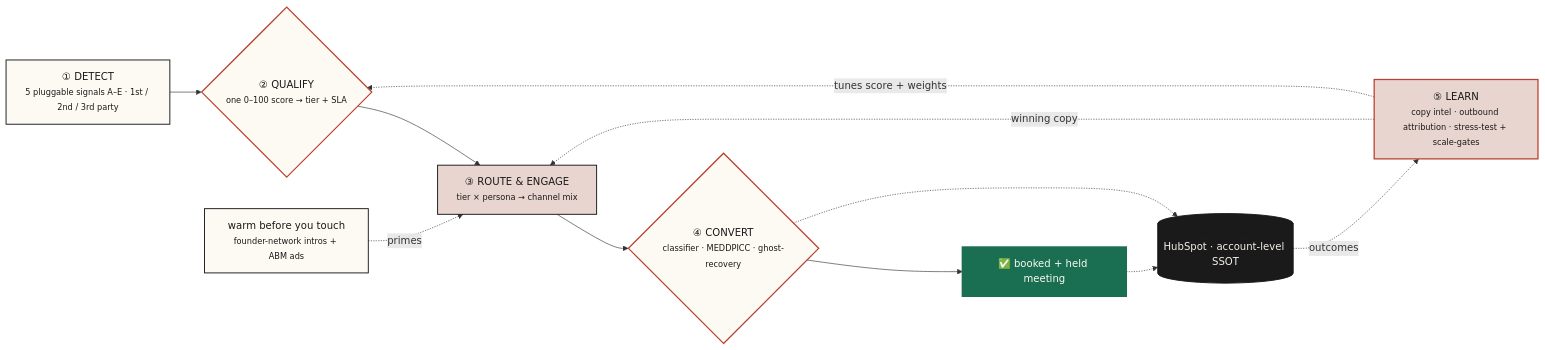
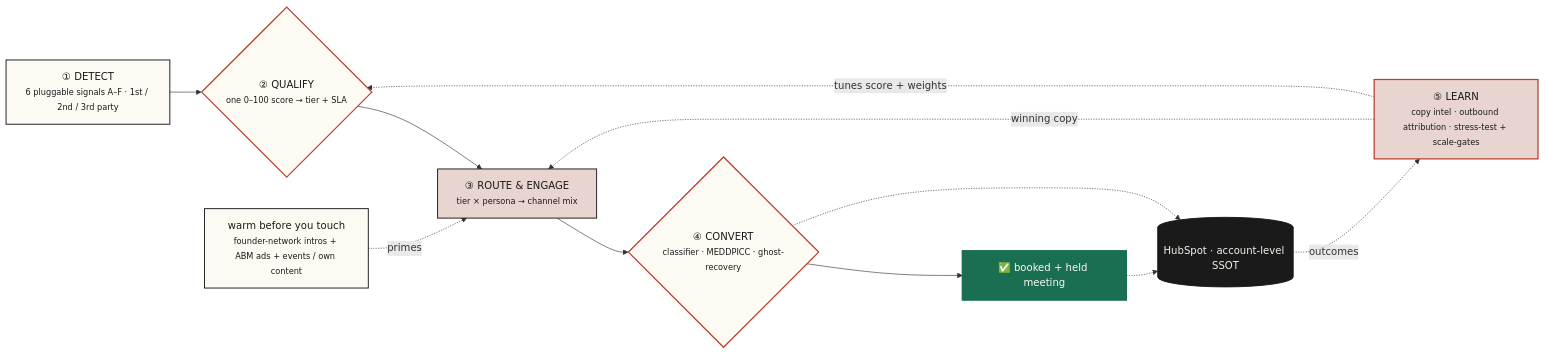
Before and after one commit to Miksh21/duvo-gtme-deliverable: the diagram in post-submission/diagrams/operating-system-overview.mmd, drawn with Mermaid. The commit also changed 2 other files, not shown here.

Commit message:
Add Signal F (events / 1st-party engagement) + multi-voice cast + spine augment
Signal F is gtm-master's highest-conviction signal class (Surfaces 5 + 6:
engagement on YOUR OWN content + cross-team LinkedIn). Sources: webinar
attendance, Tomáš/Omar/David/FDE LinkedIn engagement, brand+keyword
listening, Duvo-site visits. Tier-1 routing uses cold call (BetterContact /
Nooks) per gtm-master variation — the engager already recognises Duvo.

Multi-voice cast unlocks today, not post-AE-hire: Tomáš (peer-CEO) /
Omar (peer-of-CCO) / FDE (technical) / David (GTM) matched to committee
roles. System spine "warm before you touch" augmented to include events /
own content. JD-map closing notes Signal F as the meta-class beyond
JD-named signals. Closing line updated to six signals.

```diff
--- a/post-submission/diagrams/operating-system-overview.mmd
+++ b/post-submission/diagrams/operating-system-overview.mmd
@@ -1,31 +1,31 @@
 flowchart LR
-  S["① DETECT<br/><span style='font-size:13px;color:#5C5852'>5 pluggable signals A–E · 1st / 2nd / 3rd party</span>"]
+  S["① DETECT<br/><span style='font-size:13px;color:#5C5852'>6 pluggable signals A–F · 1st / 2nd / 3rd party</span>"]
   Q{"② QUALIFY<br/><span style='font-size:13px;color:#5C5852'>one 0–100 score → tier + SLA</span>"}
   R["③ ROUTE &amp; ENGAGE<br/><span style='font-size:13px;color:#5C5852'>tier × persona → channel mix</span>"]
   CV{"④ CONVERT<br/><span style='font-size:13px;color:#5C5852'>classifier · MEDDPICC · ghost-recovery</span>"}
   WIN["✅ booked + held meeting"]
   L["⑤ LEARN<br/><span style='font-size:13px;color:#5C5852'>copy intel · outbound attribution · stress-test + scale-gates</span>"]
-  WARM["warm before you touch<br/><span style='font-size:13px;color:#5C5852'>founder-network intros + ABM ads</span>"]
+  WARM["warm before you touch<br/><span style='font-size:13px;color:#5C5852'>founder-network intros + ABM ads + events / own content</span>"]
   CRM[("HubSpot · account-level SSOT")]
 
   S --> Q --> R --> CV --> WIN
   WARM -.primes.-> R
   CV -.-> CRM
   WIN -.-> CRM
   CRM -.outcomes.-> L
   L -.tunes score + weights.-> Q
   L -.winning copy.-> R
 
   classDef src fill:#FDFAF3,stroke:#1A1A1A,stroke-width:1.5px,color:#1A1A1A
   classDef proc fill:#E8D5CF,stroke:#1A1A1A,stroke-width:1.5px,color:#1A1A1A
   classDef gate fill:#FDFAF3,stroke:#B8412F,stroke-width:2px,color:#1A1A1A
   classDef tool fill:#E8D5CF,stroke:#B8412F,stroke-width:2px,color:#1A1A1A
   classDef crm fill:#1A1A1A,stroke:#1A1A1A,stroke-width:1.5px,color:#F6F1E8
   classDef win fill:#1A6E51,stroke:#1A6E51,stroke-width:2.5px,color:#FDFAF3
 
   class S,WARM src
   class R proc
   class Q,CV gate
   class L tool
   class WIN win
   class CRM crm
```
